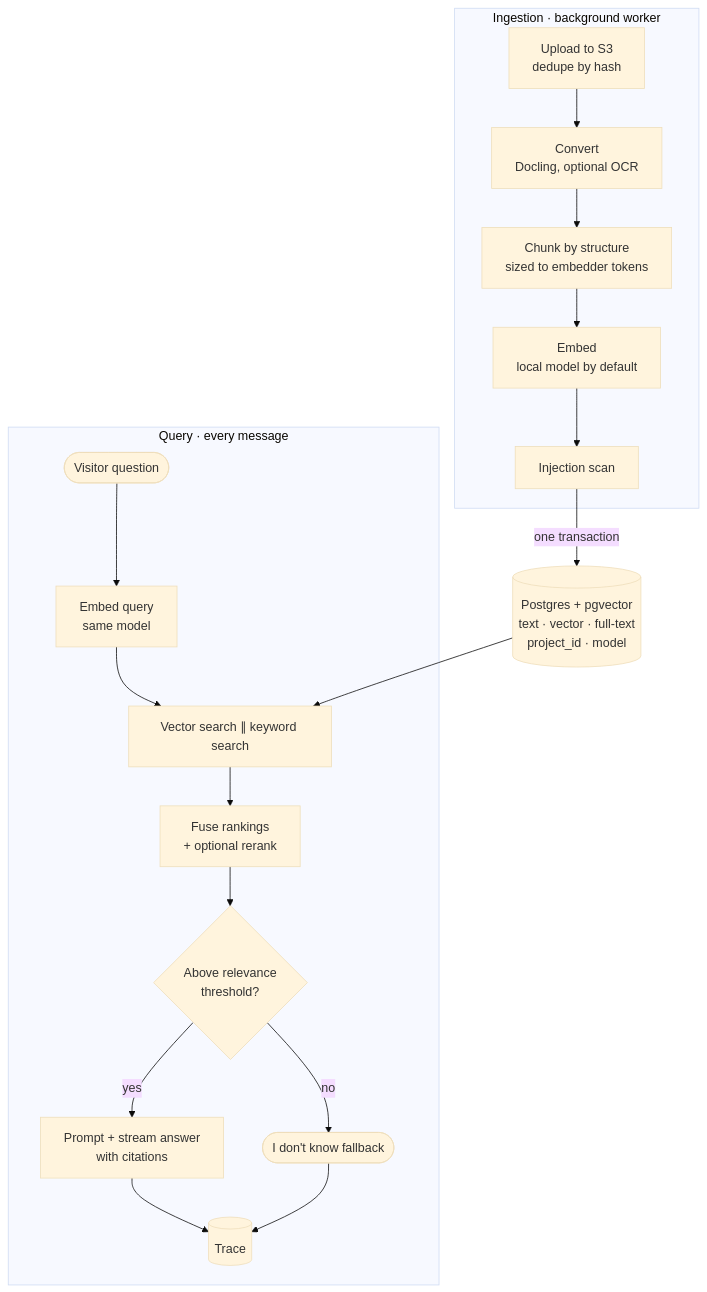
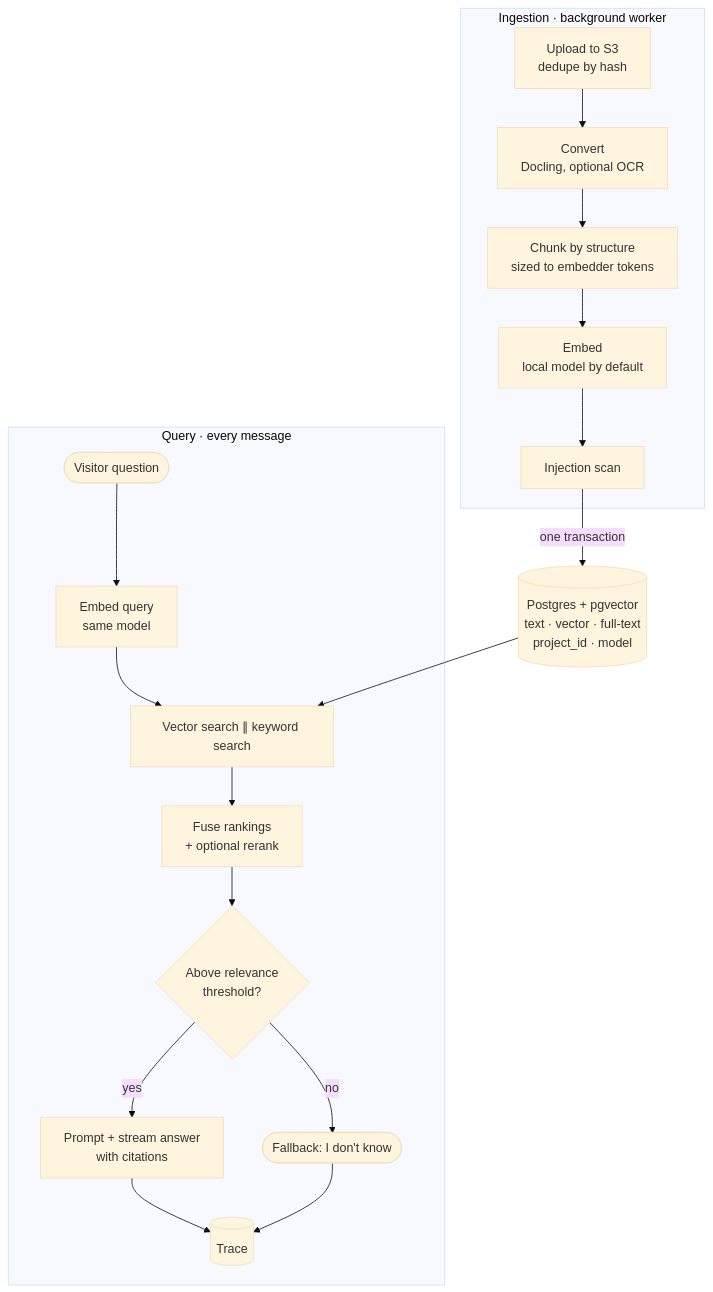
One commit to EarthlingOllie/rag-agent-studio changed the diagram in docs/writeups/rag-pipelines.md. Above: the diagram before and after it, drawn with Mermaid (base theme).

Commit message:
Fix fallback node label in RAG diagram
Claude-Session: https://claude.ai/code/session_016jSC3g2bntB5d9EmnphoxE

````diff
--- a/docs/writeups/rag-pipelines.md
+++ b/docs/writeups/rag-pipelines.md
@@ -5,21 +5,21 @@
 ```mermaid
 flowchart TB
     subgraph ING["Ingestion · background worker"]
         U[Upload to S3<br/>dedupe by hash] --> CV[Convert<br/>Docling, optional OCR]
         CV --> CH[Chunk by structure<br/>sized to embedder tokens]
         CH --> EM[Embed<br/>local model by default]
         EM --> SC[Injection scan]
     end
     SC -- one transaction --> DB[("Postgres + pgvector<br/>text · vector · full-text<br/>project_id · model")]
     subgraph QRY["Query · every message"]
         Q([Visitor question]) --> QE[Embed query<br/>same model]
         QE --> HS["Vector search ∥ keyword search"]
         HS --> RRF[Fuse rankings<br/>+ optional rerank]
         RRF --> TH{Above relevance<br/>threshold?}
-        TH -- no --> IDK(["I don't know" fallback])
+        TH -- no --> IDK(["Fallback: I don't know"])
         TH -- yes --> GEN[Prompt + stream answer<br/>with citations]
         GEN --> TR[(Trace)]
         IDK --> TR
     end
     DB --> HS
 ```
````
